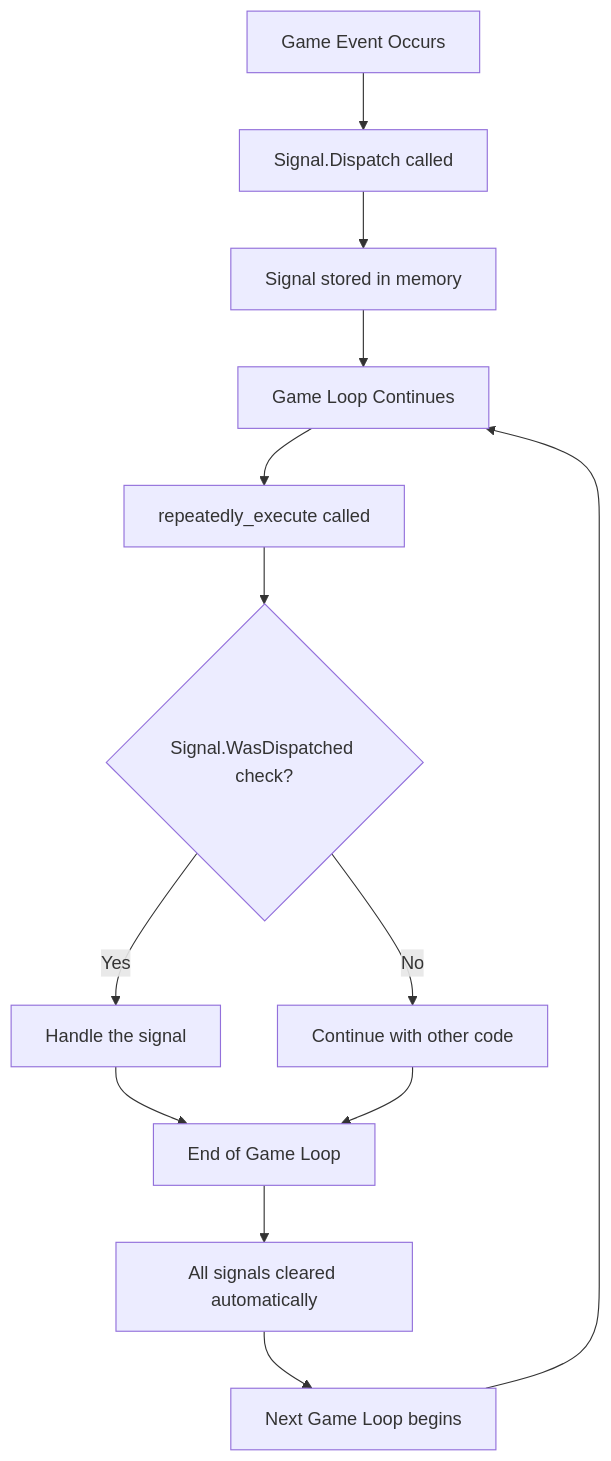
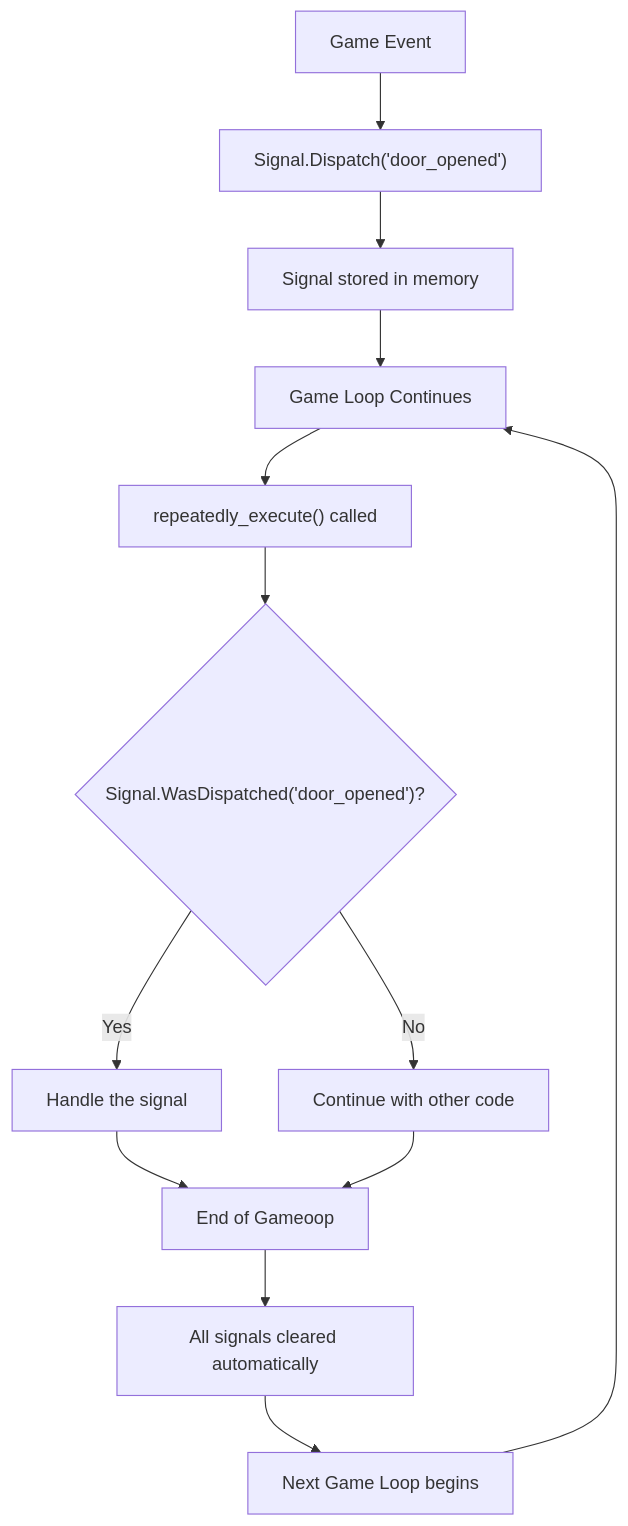
One commit to clickpulp/ags-modules changed the diagram in docs/signal.md. Above: the diagram before and after it, drawn with Mermaid.

Commit message:
replace graph with flowchart 4

````diff
--- a/docs/signal.md
+++ b/docs/signal.md
@@ -13,15 +13,15 @@
 ```mermaid
 flowchart TD
-    A["Game Event Occurs"] --> B["Signal.Dispatch called"]
+    A["Game Event"] --> B["Signal.Dispatch('door_opened')"]
     B --> C["Signal stored in memory"]
     C --> D["Game Loop Continues"]
-    D --> E["repeatedly_execute called"]
-    E --> F{"Signal.WasDispatched check?"}
+    D --> E["repeatedly_execute() called"]
+    E --> F{"Signal.WasDispatched('door_opened')?"}
     F -->|Yes| G["Handle the signal"]
     F -->|No| H["Continue with other code"]
-    G --> I["End of Game Loop"]
+    G --> I["End of Gameoop"]
     H --> I
     I --> J["All signals cleared automatically"]
     J --> K["Next Game Loop begins"]
     K --> D
 ```
````
